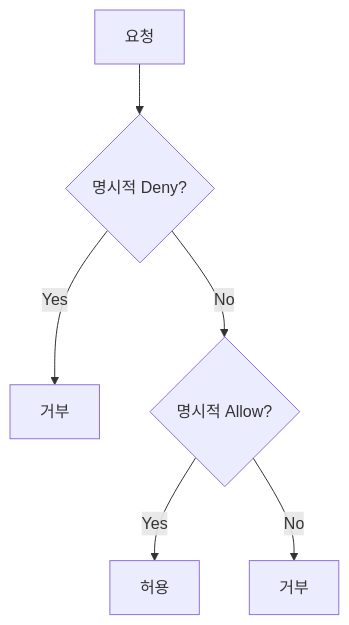
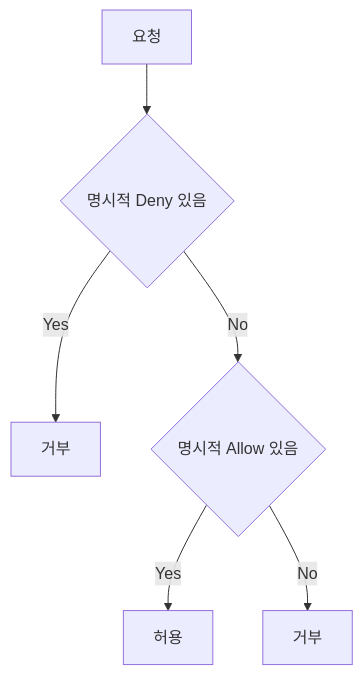
Before and after one commit to gwonmin/QuizNox_front: the diagram in public/handbook/aws-common/policy-evaluation.md, drawn with Mermaid. The commit also changed other lines of this file and 125 other files, not shown here.

````diff
--- a/public/handbook/aws-common/policy-evaluation.md
+++ b/public/handbook/aws-common/policy-evaluation.md
@@ -12,8 +15,8 @@
 ```mermaid
 flowchart TD
-  A[요청] --> B{명시적 Deny?}
+  A[요청] --> B{명시적 Deny 있음}
   B -->|Yes| C[거부]
-  B -->|No| D{명시적 Allow?}
+  B -->|No| D{명시적 Allow 있음}
   D -->|Yes| E[허용]
   D -->|No| F[거부]
 ```
````
